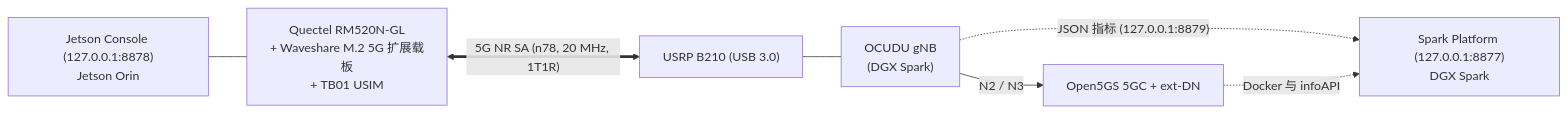
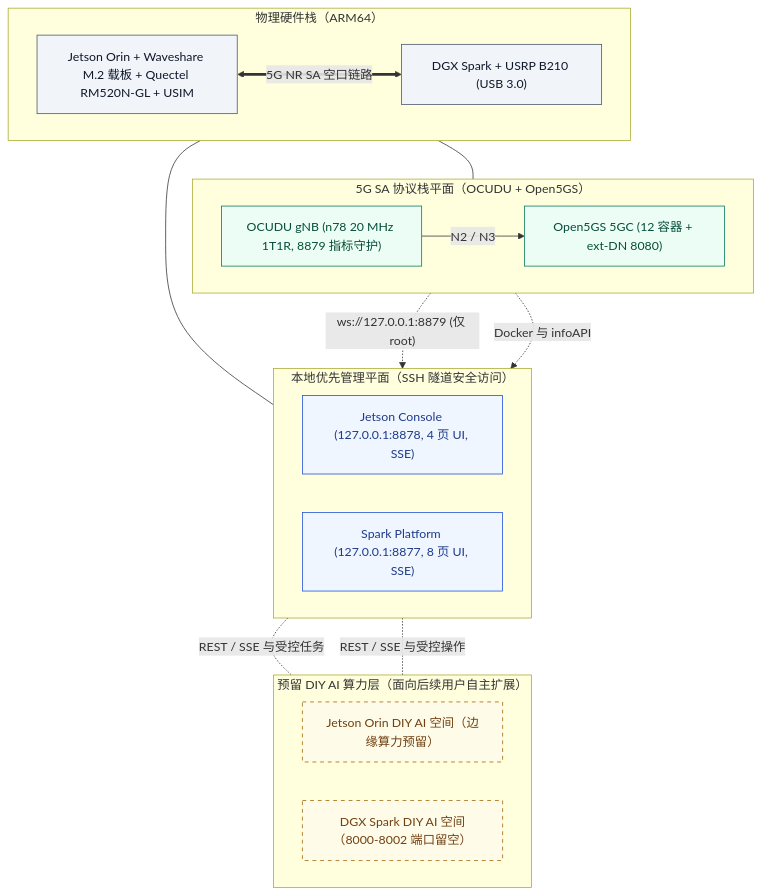
The diagram in README.zh-CN.md (HKUOpenSource/OpenAirKit), drawn with Mermaid before and after one commit. The commit also changed other lines of this file and 47 other files, not shown here.

Commit message:
docs: prepare public-release documentation, layered diagrams, and brand asset slots

````diff
--- a/README.zh-CN.md
+++ b/README.zh-CN.md
@@ -22,9 +33,40 @@
 ```mermaid
-flowchart LR
-  JC["Jetson Console (127.0.0.1:8878)<br/>Jetson Orin"] --- MODEM["Quectel RM520N-GL<br/>+ Waveshare M.2 5G 扩展载板<br/>+ TB01 USIM"]
-  MODEM <== "5G NR SA (n78, 20 MHz, 1T1R)" ==> B210["USRP B210 (USB 3.0)"]
-  B210 --- RAN["OCUDU gNB<br/>(DGX Spark)"]
-  RAN -- "N2 / N3" --> CORE["Open5GS 5GC + ext-DN"]
-  RAN -. "JSON 指标 (127.0.0.1:8879)" .-> SP["Spark Platform (127.0.0.1:8877)<br/>DGX Spark"]
+flowchart TB
+  classDef hw fill:#f1f5f9,stroke:#475569,color:#0f172a
+  classDef stack fill:#ecfdf5,stroke:#047857,color:#064e3b
+  classDef mgmt fill:#eff6ff,stroke:#1d4ed8,color:#1e3a8a
+  classDef ai fill:#fefce8,stroke:#a16207,stroke-dasharray:5 5,color:#713f12
+
+  subgraph AI["预留 DIY AI 算力层（面向后续用户自主扩展）"]
+    direction LR
+    JAI["Jetson Orin DIY AI 空间（边缘算力预留）"]:::ai
+    SAI["DGX Spark DIY AI 空间（8000-8002 端口留空）"]:::ai
+  end
+
+  subgraph MGMT["本地优先管理平面（SSH 隧道安全访问）"]
+    direction LR
+    JC["Jetson Console (127.0.0.1:8878, 4 页 UI, SSE)"]:::mgmt
+    SP["Spark Platform (127.0.0.1:8877, 8 页 UI, SSE)"]:::mgmt
+  end
+
+  subgraph STACK["5G SA 协议栈平面（OCUDU + Open5GS）"]
+    direction LR
+    RAN["OCUDU gNB (n78 20 MHz 1T1R, 8879 指标守护)"]:::stack
+    CORE["Open5GS 5GC (12 容器 + ext-DN 8080)"]:::stack
+    RAN -- "N2 / N3" --> CORE
+  end
+
+  subgraph HW["物理硬件栈（ARM64）"]
+    direction LR
+    UEHW["Jetson Orin + Waveshare M.2 载板 + Quectel RM520N-GL + USIM"]:::hw
+    BSHW["DGX Spark + USRP B210 (USB 3.0)"]:::hw
+    UEHW <== "5G NR SA 空口链路" ==> BSHW
+  end
+
+  UEHW --- JC
+  BSHW --- RAN
+  RAN -. "ws://127.0.0.1:8879 (仅 root)" .-> SP
   CORE -. "Docker 与 infoAPI" .-> SP
+  JC -. "REST / SSE 与受控任务" .- JAI
+  SP -. "REST / SSE 与受控操作" .- SAI
 ```
````
